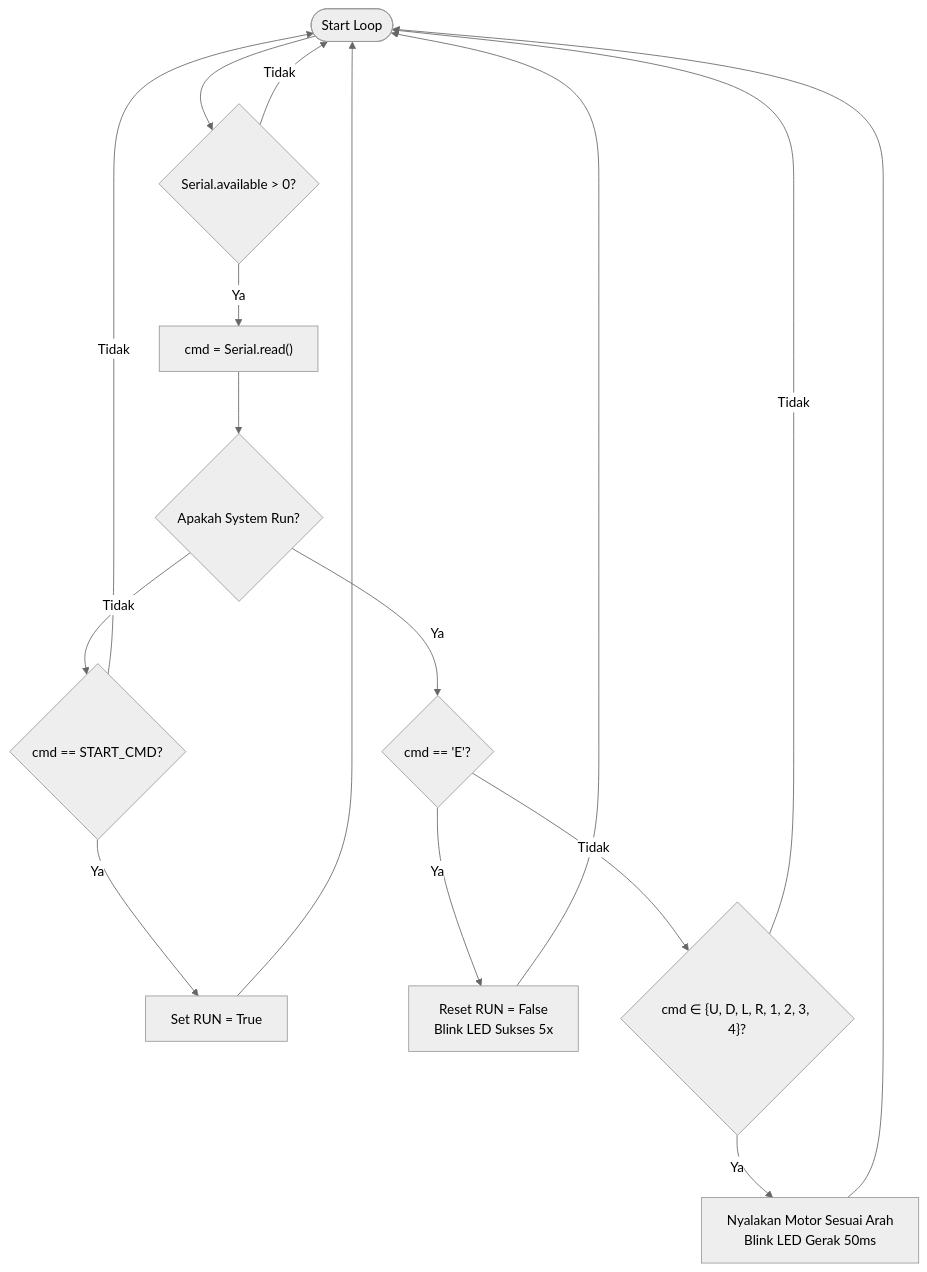
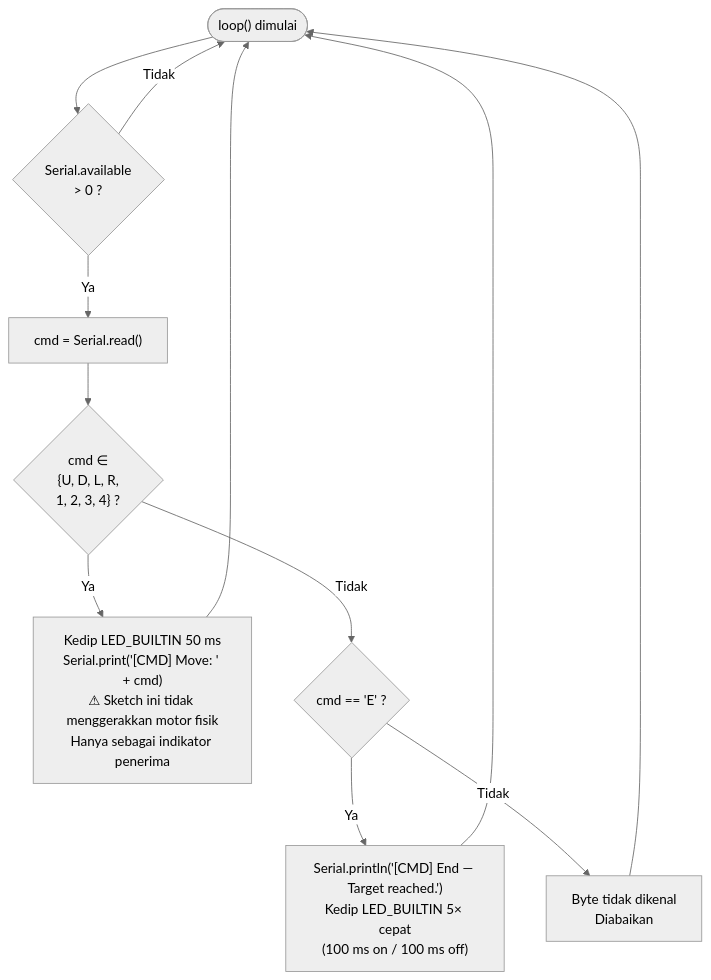
Before and after one commit to adnan-rabban/uas-arkom: the third of 3 diagrams in README.md, drawn with Mermaid (neutral theme). The commit also changed other lines of this file and 2 other files, not shown here.

Commit message:
feat & docs: replace Recursive Division with DFS Braid Maze generator and fix README diagrams

````diff
--- a/README.md
+++ b/README.md
@@ -200,20 +242,18 @@
 ```mermaid
 flowchart TD
-    Start(["Start Loop"]) --> Read{"Serial.available > 0?"}
+    Start(["loop() dimulai"]) --> Read{"Serial.available<br/>> 0 ?"}
     Read -- Tidak --> Start
     Read -- Ya --> GetCmd["cmd = Serial.read()"]
-    
-    GetCmd --> CheckRun{"Apakah System Run?"}
-    
-    %% Rung 1: Activation
-    CheckRun -- Tidak --> IsStart{"cmd == START_CMD?"}
-    IsStart -- Ya --> SetRun["Set RUN = True"] --> Start
-    IsStart -- Tidak --> Start
-    
-    CheckRun -- Ya --> IsStop{"cmd == 'E'?"}
-    IsStop -- Ya --> ResetRun["Reset RUN = False\nBlink LED Sukses 5x"] --> Start
-    
-    IsStop -- Tidak --> CheckDir{"cmd ∈ {U, D, L, R, 1, 2, 3, 4}?"}
-    CheckDir -- Ya --> MoveMotor["Nyalakan Motor Sesuai Arah\nBlink LED Gerak 50ms"] --> Start
-    CheckDir -- Tidak --> Start
+
+    GetCmd --> CheckMove{"cmd ∈<br/>{U, D, L, R,<br/>1, 2, 3, 4} ?"}
+
+    CheckMove -- Ya --> MoveMotor["Kedip LED_BUILTIN 50 ms<br/>Serial.print('[CMD] Move: ' + cmd)<br/>⚠ Sketch ini tidak menggerakkan motor fisik<br/>Hanya sebagai indikator penerima"]
+    MoveMotor --> Start
+
+    CheckMove -- Tidak --> CheckEnd{"cmd == 'E' ?"}
+    CheckEnd -- Ya --> EndSignal["Serial.println('[CMD] End — Target reached.')<br/>Kedip LED_BUILTIN 5× cepat<br/>(100 ms on / 100 ms off)"]
+    EndSignal --> Start
+
+    CheckEnd -- Tidak --> Ignore["Byte tidak dikenal<br/>Diabaikan"]
+    Ignore --> Start
 ```
````
